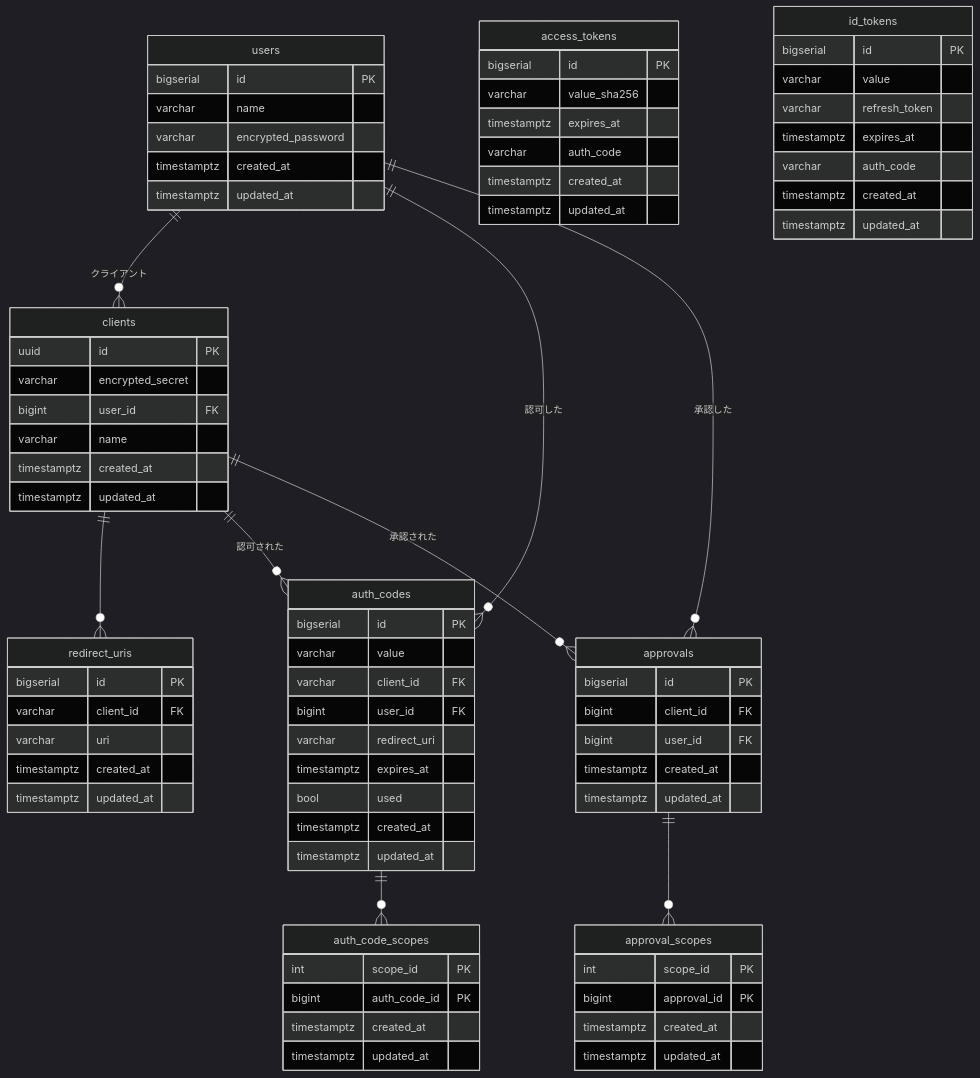
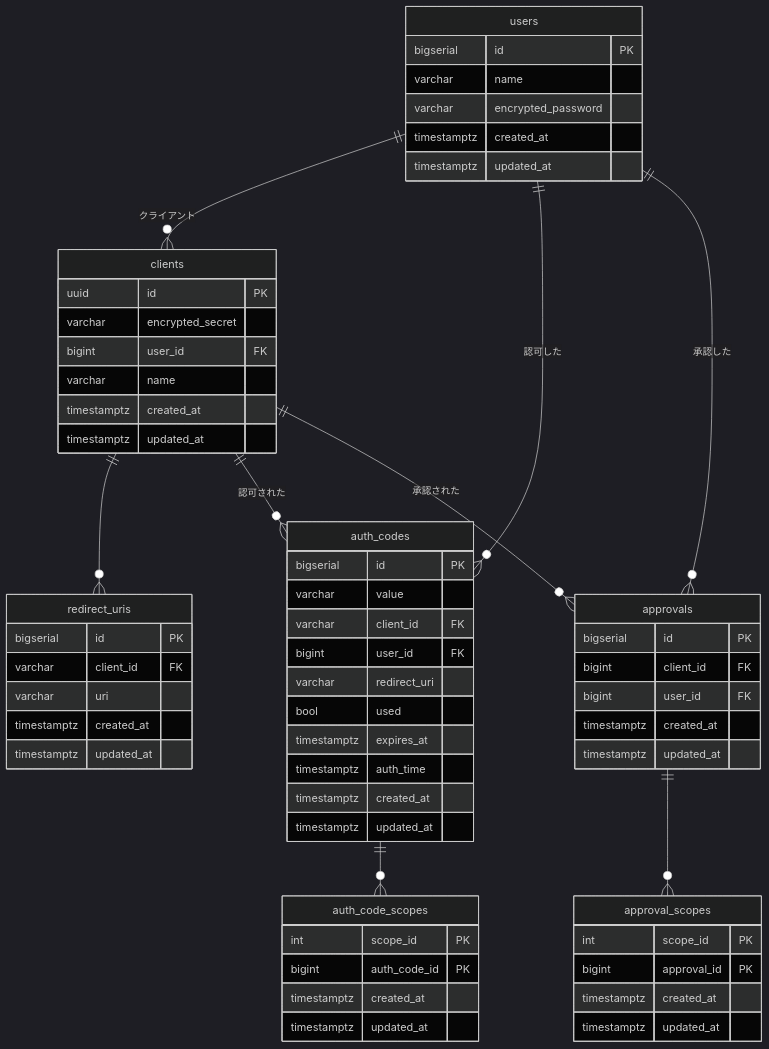
The diagram in docs/er.md (piny940/auth), drawn with Mermaid (dark theme) before and after one commit.

Commit message:
ER図を修正

````diff
--- a/docs/er.md
+++ b/docs/er.md
@@ -1,83 +1,67 @@
 ```mermaid
 erDiagram
   users ||--o{ clients : "クライアント"
   clients ||--o{ redirect_uris : ""
   users ||--o{ auth_codes : "認可した"
   clients ||--o{ auth_codes : "認可された"
   auth_codes ||--o{ auth_code_scopes : ""
   users ||--o{ approvals : "承認した"
   clients ||--o{ approvals : "承認された"
   approvals ||--o{ approval_scopes : ""
 
   users {
     bigserial id PK
     varchar name
     varchar encrypted_password
     timestamptz created_at
     timestamptz updated_at
   }
 
   clients {
     uuid id PK
     varchar encrypted_secret
     bigint user_id FK
     varchar name
     timestamptz created_at
     timestamptz updated_at
   }
   redirect_uris {
     bigserial id PK
     varchar client_id FK
     varchar uri
     timestamptz created_at
     timestamptz updated_at
   }
-  auth_codes {
-    bigserial id PK
-    varchar value
-    varchar client_id FK
-    bigint user_id FK
-    varchar redirect_uri
-    timestamptz expires_at
-    bool used
-    timestamptz created_at
-    timestamptz updated_at
-  }
-  auth_code_scopes {
-    int scope_id PK
-    bigint auth_code_id PK
-    timestamptz created_at
-    timestamptz updated_at
-  }
-  access_tokens {
-    bigserial id PK
-    varchar value_sha256
-    timestamptz expires_at
-    varchar auth_code
-    timestamptz created_at
-    timestamptz updated_at
-  }
-  id_tokens {
-    bigserial id PK
-    varchar value
-    varchar refresh_token
-    timestamptz expires_at
-    varchar auth_code
-    timestamptz created_at
-    timestamptz updated_at
-  }
   approvals {
     bigserial id PK
     bigint client_id FK
     bigint user_id FK
     timestamptz created_at
     timestamptz updated_at
   }
   approval_scopes {
     int scope_id PK
     bigint approval_id PK
     timestamptz created_at
     timestamptz updated_at
   }
+  auth_codes {
+    bigserial id PK
+    varchar value
+    varchar client_id FK
+    bigint user_id FK
+    varchar redirect_uri
+    bool used
+    timestamptz expires_at
+    timestamptz auth_time
+    timestamptz created_at
+    timestamptz updated_at
+  }
+  auth_code_scopes {
+    int scope_id PK
+    bigint auth_code_id PK
+    timestamptz created_at
+    timestamptz updated_at
+  }
 
 ```
````
